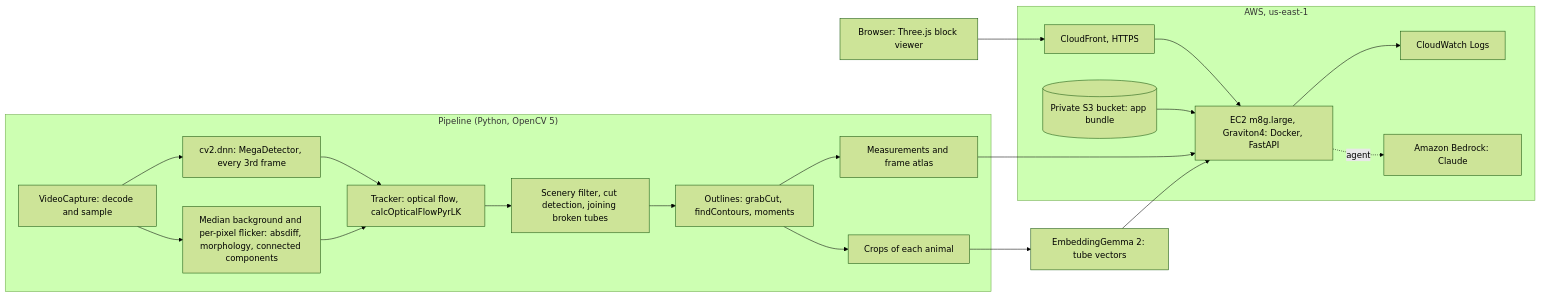
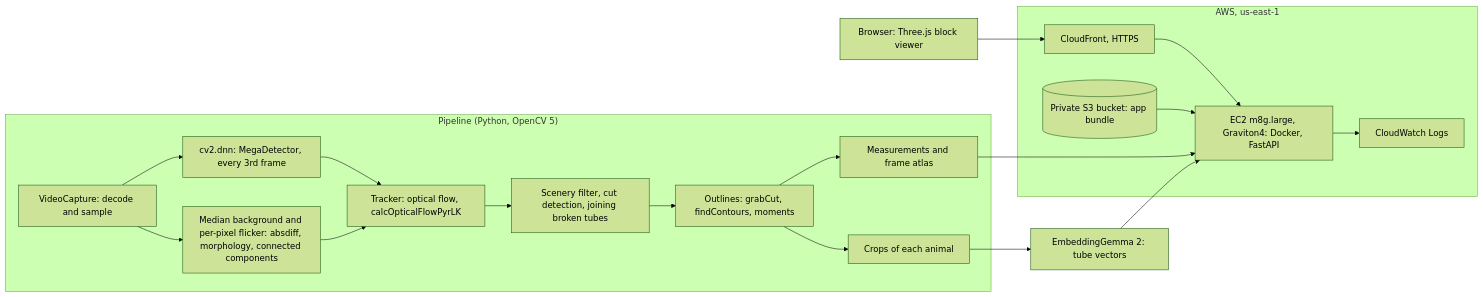
One commit to Mfon-19/wordline changed the diagram in README.md. Above: the diagram before and after it, drawn with Mermaid (forest theme). The commit also changed other lines of this file and 11 other files, not shown here.

````diff
--- a/README.md
+++ b/README.md
@@ -20,23 +19,22 @@
 ```mermaid
 flowchart LR
   subgraph Pipeline["Pipeline (Python, OpenCV 5)"]
     A[VideoCapture: decode and sample] --> B[cv2.dnn: MegaDetector, every 3rd frame]
     A --> C[Median background and per-pixel flicker: absdiff, morphology, connected components]
     B --> D[Tracker: optical flow, calcOpticalFlowPyrLK]
     C --> D
     D --> E[Scenery filter, cut detection, joining broken tubes]
     E --> F[Outlines: grabCut, findContours, moments]
     F --> G[Measurements and frame atlas]
     F --> H[Crops of each animal]
   end
   H --> I[EmbeddingGemma 2: tube vectors]
   subgraph AWS["AWS, us-east-1"]
     CF[CloudFront, HTTPS] --> EC2["EC2 m8g.large, Graviton4: Docker, FastAPI"]
     EC2 --> CW[CloudWatch Logs]
     S3[(Private S3 bucket: app bundle)] --> EC2
-    EC2 -. agent .-> BR[Amazon Bedrock: Claude]
   end
   G --> EC2
   I --> EC2
   U[Browser: Three.js block viewer] --> CF
 ```
````
